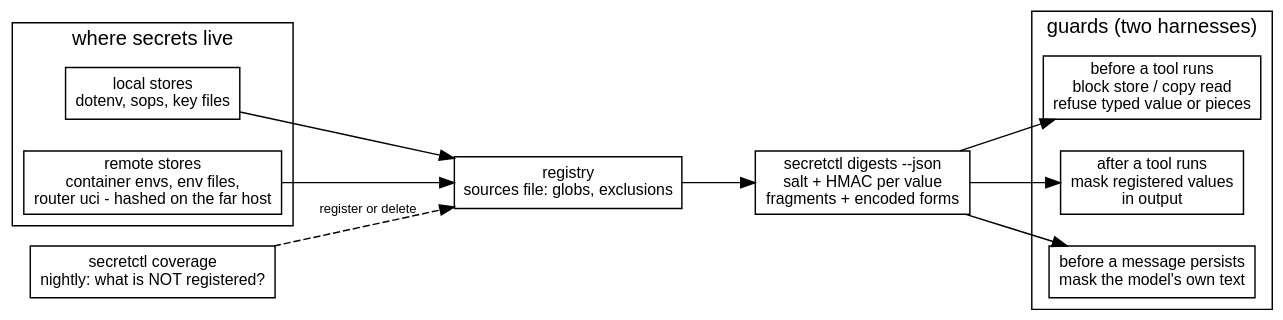
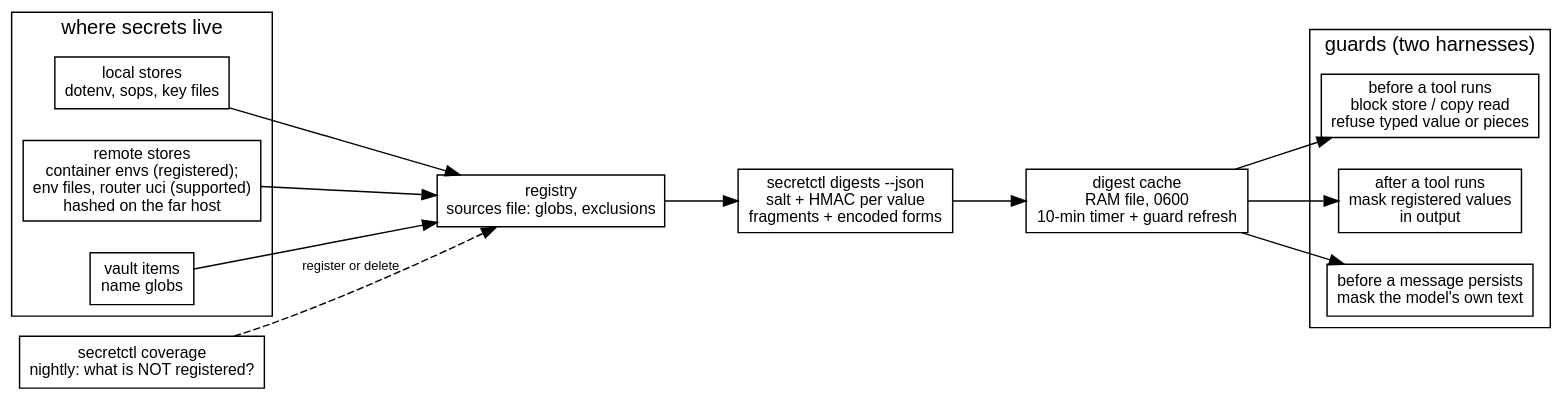
One commit to erfianugrah/lexicanum changed the diagram in src/content/docs/reference/agent-secret-guard.mdx. Above: the diagram before and after it, drawn with Graphviz. The commit also changed other lines of this file and 6 other files, not shown here.

````diff
--- a/src/content/docs/reference/agent-secret-guard.mdx
+++ b/src/content/docs/reference/agent-secret-guard.mdx
@@ -109,28 +124,31 @@
 ```dot
 digraph {
   rankdir=LR; bgcolor="transparent"; nodesep=0.3; ranksep=0.7;
   fontname="Helvetica,Arial,sans-serif";
   node [fontname="Helvetica,Arial,sans-serif", fontsize=11, shape=box];
   edge [fontname="Helvetica,Arial,sans-serif", fontsize=9];
 
   subgraph cluster_stores {
     label="where secrets live";
     local [label="local stores\ndotenv, sops, key files"];
-    remote [label="remote stores\ncontainer envs, env files,\nrouter uci - hashed on the far host"];
+    remote [label="remote stores\ncontainer envs (registered);\nenv files, router uci (supported)\nhashed on the far host"];
+    vault [label="vault items\nname globs"];
   }
   registry [label="registry\nsources file: globs, exclusions"];
   digests [label="secretctl digests --json\nsalt + HMAC per value\nfragments + encoded forms"];
+  cache [label="digest cache\nRAM file, 0600\n10-min timer + guard refresh"];
   subgraph cluster_guards {
     label="guards (two harnesses)";
     pre [label="before a tool runs\nblock store / copy read\nrefuse typed value or pieces"];
     post [label="after a tool runs\nmask registered values\nin output"];
     msg [label="before a message persists\nmask the model's own text"];
   }
   coverage [label="secretctl coverage\nnightly: what is NOT registered?"];
 
-  local -> registry; remote -> registry;
+  local -> registry; remote -> registry; vault -> registry;
   registry -> digests;
-  digests -> pre; digests -> post; digests -> msg;
+  digests -> cache;
+  cache -> pre; cache -> post; cache -> msg;
   coverage -> registry [label="register or delete", style=dashed];
 }
 ```
````
